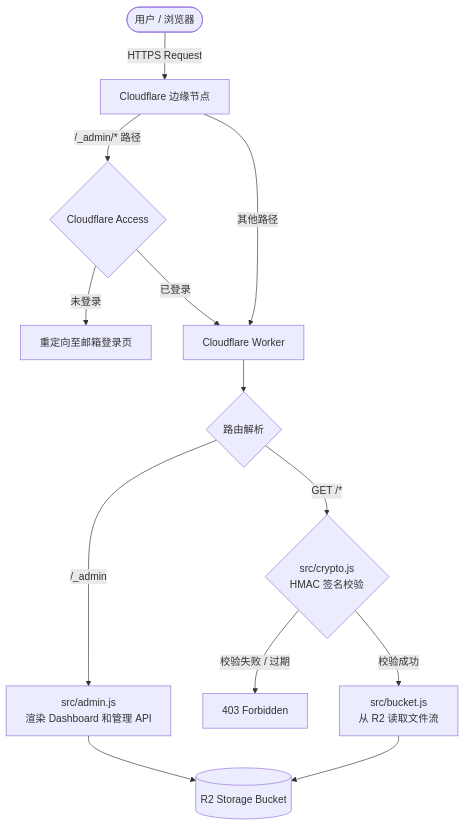
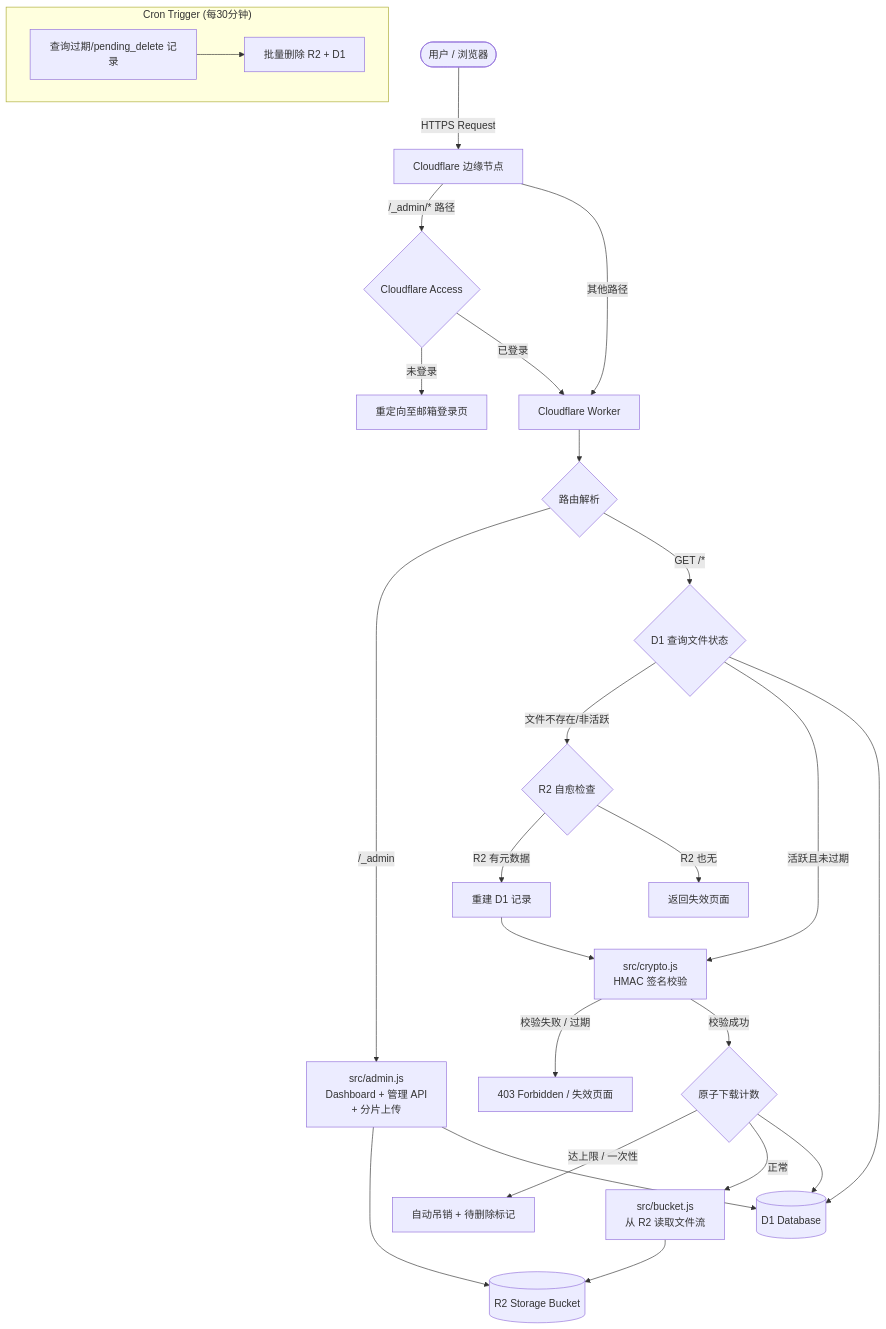
One commit to ID-VerNe/file-share-worker changed the diagram in README.md. Above: the diagram before and after it, drawn with Mermaid. The commit also changed other lines of this file and 4 other files, not shown here.

````diff
--- a/README.md
+++ b/README.md
@@ -40,20 +76,37 @@
 ```mermaid
 flowchart TD
     User(["用户 / 浏览器"]) -->|HTTPS Request| CF_Edge["Cloudflare 边缘节点"]
     CF_Edge -->|/_admin/* 路径| ZeroTrust{"Cloudflare Access"}
     ZeroTrust -->|未登录| Login["重定向至邮箱登录页"]
     ZeroTrust -->|已登录| Worker
 
     CF_Edge -->|其他路径| Worker["Cloudflare Worker"]
 
     Worker --> Route{"路由解析"}
 
-    Route -->|/_admin| AdminModule["src/admin.js<br/>渲染 Dashboard 和管理 API"]
-    Route -->|GET /*| CryptoModule{"src/crypto.js<br/>HMAC 签名校验"}
+    Route -->|/_admin| AdminModule["src/admin.js<br/>Dashboard + 管理 API<br/>+ 分片上传"]
+    Route -->|GET /*| VerifyFlow{"D1 查询文件状态"}
 
-    CryptoModule -->|校验失败 / 过期| 403["403 Forbidden"]
-    CryptoModule -->|校验成功| BucketModule["src/bucket.js<br/>从 R2 读取文件流"]
+    VerifyFlow -->|文件不存在/非活跃| SelfHeal{"R2 自愈检查"}
+    SelfHeal -->|R2 有元数据| Rebuild["重建 D1 记录"]
+    SelfHeal -->|R2 也无| ExpiredPage["返回失效页面"]
+
+    Rebuild --> CryptoModule["src/crypto.js<br/>HMAC 签名校验"]
+    VerifyFlow -->|活跃且未过期| CryptoModule
+
+    CryptoModule -->|校验失败 / 过期| 403["403 Forbidden / 失效页面"]
+    CryptoModule -->|校验成功| CountFlow{"原子下载计数"}
+    
+    CountFlow -->|达上限 / 一次性| AutoRevoke["自动吊销 + 待删除标记"]
+    CountFlow -->|正常| BucketModule["src/bucket.js<br/>从 R2 读取文件流"]
 
     AdminModule --> R2[("R2 Storage Bucket")]
+    AdminModule --> D1[("D1 Database")]
     BucketModule --> R2
+    CountFlow --> D1
+    VerifyFlow --> D1
+
+    subgraph Cron["Cron Trigger (每30分钟)"]
+        Cleanup["查询过期/pending_delete 记录"] --> BatchDelete["批量删除 R2 + D1"]
+    end
 ```
````
